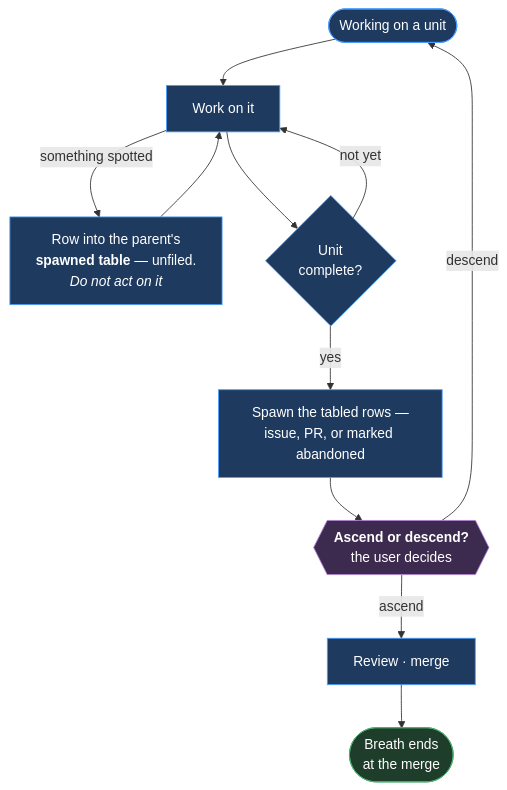
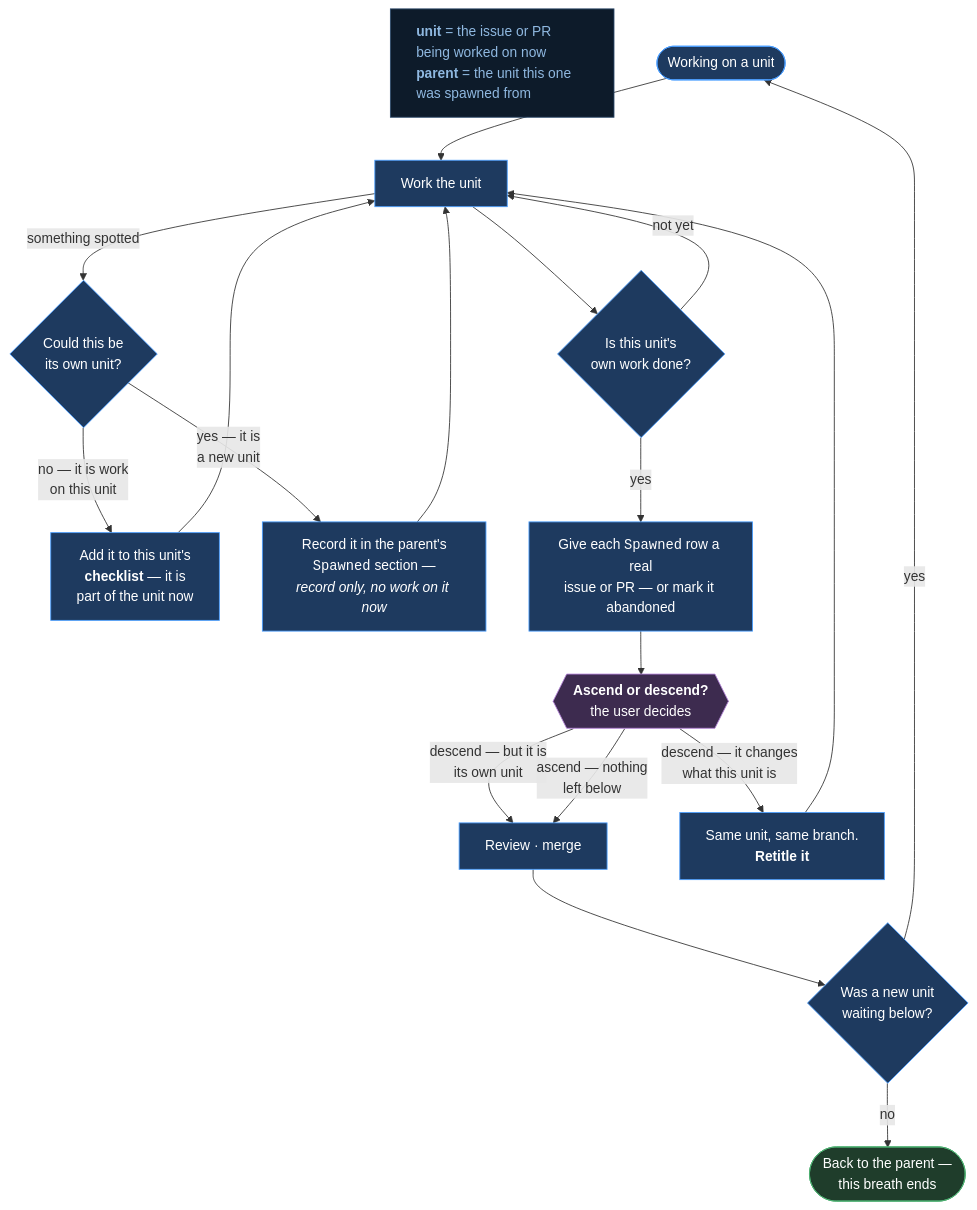
The second of 2 diagrams in docs/product-architecture/mechanisms/m46-work-navigation.md (Calyx-Engineering/arc), drawn with Mermaid before and after one commit. The commit also changed other lines of this file, not shown here.

First line of the commit message:
refactor: the loop distinguishes unit work from spawned work (m46 section 5)

````diff
--- a/docs/product-architecture/mechanisms/m46-work-navigation.md
+++ b/docs/product-architecture/mechanisms/m46-work-navigation.md
@@ -151,19 +151,29 @@
 ```mermaid
 flowchart TB
-    START(["Working on a unit"]) --> WORK["Work on it"]
-    WORK -->|something spotted| TABLE["Row into the parent's<br/><b>spawned table</b> — unfiled.<br/><i>Do not act on it</i>"]
+    LEGEND["<b>unit</b> = the issue or PR being worked on now<br/><b>parent</b> = the unit this one was spawned from"]
+    START(["Working on a unit"]) --> WORK["Work the unit"]
+    WORK -->|something spotted| SCOPE{"Could this be<br/>its own unit?"}
+    SCOPE -->|"no — it is work<br/>on this unit"| TODO["Add it to this unit's<br/><b>checklist</b> — it is<br/>part of the unit now"]
+    TODO --> WORK
+    SCOPE -->|"yes — it is<br/>a new unit"| TABLE["Record it in the parent's<br/><code>Spawned</code> section —<br/><i>record only, no work on it now</i>"]
     TABLE --> WORK
-    WORK --> DONE{"Unit<br/>complete?"}
+    WORK --> DONE{"Is this unit's<br/>own work done?"}
     DONE -->|not yet| WORK
-    DONE -->|yes| SPAWN["Spawn the tabled rows —<br/>issue, PR, or marked abandoned"]
+    DONE -->|yes| SPAWN["Give each <code>Spawned</code> row a real<br/>issue or PR — or mark it abandoned"]
     SPAWN --> ASK{{"<b>Ascend or descend?</b><br/>the user decides"}}
-    ASK -->|descend| START
-    ASK -->|ascend| REVIEW["Review · merge"]
-    REVIEW --> EXHALE(["Breath ends<br/>at the merge"])
+    ASK -->|"descend — but it is<br/>its own unit"| REVIEW["Review · merge"]
+    ASK -->|"ascend — nothing<br/>left below"| REVIEW
+    ASK -->|"descend — it changes<br/>what this unit is"| GROW["Same unit, same branch.<br/><b>Retitle it</b>"]
+    GROW --> WORK
+    REVIEW --> AFTER{"Was a new unit<br/>waiting below?"}
+    AFTER -->|yes| START
+    AFTER -->|no| EXHALE(["Back to the parent —<br/>this breath ends"])
     classDef n fill:#1e3a5f,stroke:#4a9eff,color:#fff
     classDef u fill:#3d2b4f,stroke:#b07fd6,color:#fff
     classDef d fill:#1f3d2b,stroke:#4caf70,color:#fff
-    class WORK,TABLE,DONE,SPAWN,REVIEW,START n
+    classDef leg fill:#0d1b2a,stroke:#2c4a6b,color:#8fb8e0,text-align:left
+    class WORK,SCOPE,TODO,TABLE,DONE,SPAWN,REVIEW,GROW,AFTER,START n
     class ASK u
     class EXHALE d
+    class LEGEND leg
 ```
````
